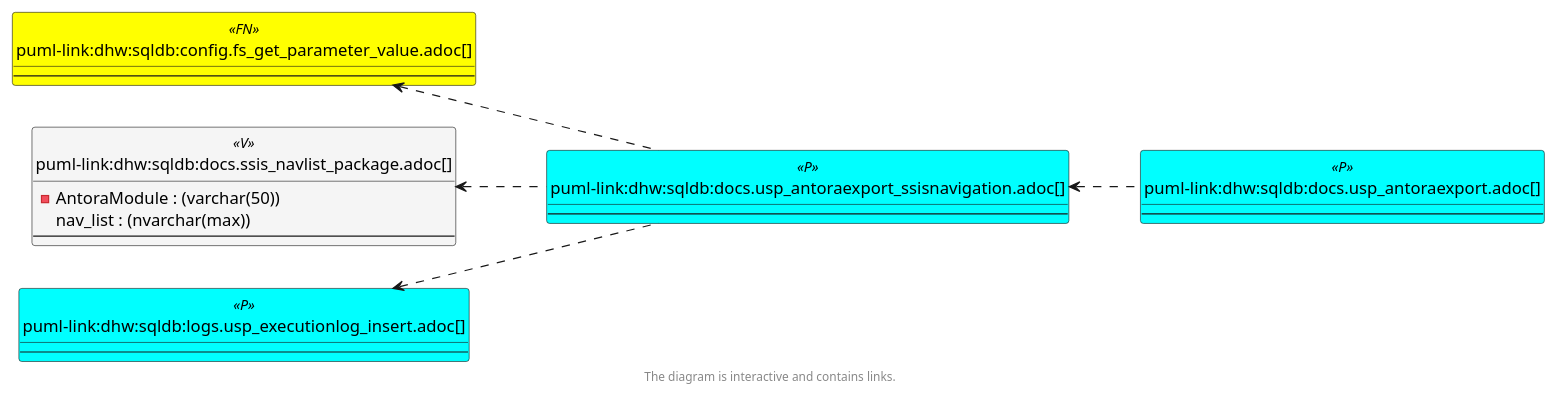
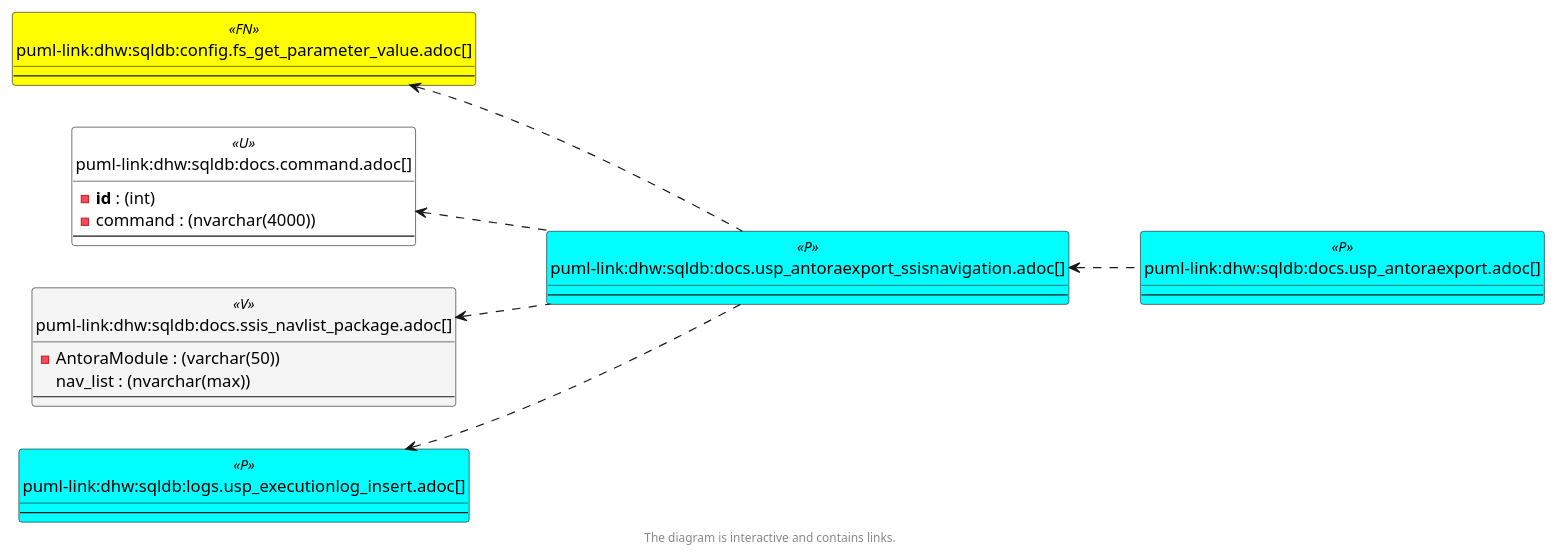
The sixth of 6 diagrams in docs/modules/sqldb/partials/content/docs.usp_antoraexport_ssisnavigation.adoc (DataHandwerk/dhw-antora-sqldb), drawn with PlantUML before and after one commit. The commit also changed other lines of this file and 701 other files, not shown here.

```diff
--- a/docs/modules/sqldb/partials/content/docs.usp_antoraexport_ssisnavigation.adoc
+++ b/docs/modules/sqldb/partials/content/docs.usp_antoraexport_ssisnavigation.adoc
@@ -864,62 +882,69 @@
 [plantuml, entity_1_1_colref-{docname}, svg, subs=macros]
 ....
 @startuml
 left to right direction
 'top to bottom direction
 hide circle
 'avoide "." issues:
 set namespaceSeparator none
 
 
 skinparam class {
   BackgroundColor White
   BackgroundColor<<FN>> Yellow
   BackgroundColor<<FS>> Yellow
   BackgroundColor<<FT>> LightGray
   BackgroundColor<<IF>> Yellow
   BackgroundColor<<IS>> Yellow
   BackgroundColor<<P>>  Aqua
   BackgroundColor<<PC>> Aqua
   BackgroundColor<<SN>> Yellow
   BackgroundColor<<SO>> SlateBlue
   BackgroundColor<<TF>> LightGray
   BackgroundColor<<TR>> Tomato
   BackgroundColor<<U>>  White
   BackgroundColor<<V>>  WhiteSmoke
   BackgroundColor<<X>>  Aqua
   BackgroundColor<<external>> AliceBlue
 }
 
 
 entity "puml-link:dhw:sqldb:config.fs_get_parameter_value.adoc[]" as config.fs_get_parameter_value << FN >> {
   --
 }
 
+entity "puml-link:dhw:sqldb:docs.command.adoc[]" as docs.command << U >> {
+  - **id** : (int)
+  - command : (nvarchar(4000))
+  --
+}
+
 entity "puml-link:dhw:sqldb:docs.ssis_navlist_package.adoc[]" as docs.ssis_navlist_package << V >> {
   - AntoraModule : (varchar(50))
   nav_list : (nvarchar(max))
   --
 }
 
 entity "puml-link:dhw:sqldb:docs.usp_antoraexport.adoc[]" as docs.usp_AntoraExport << P >> {
   --
 }
 
 entity "puml-link:dhw:sqldb:docs.usp_antoraexport_ssisnavigation.adoc[]" as docs.usp_AntoraExport_SsisNavigation << P >> {
   --
 }
 
 entity "puml-link:dhw:sqldb:logs.usp_executionlog_insert.adoc[]" as logs.usp_ExecutionLog_insert << P >> {
   --
 }
 
 config.fs_get_parameter_value <.. docs.usp_AntoraExport_SsisNavigation
+docs.command <.. docs.usp_AntoraExport_SsisNavigation
 docs.ssis_navlist_package <.. docs.usp_AntoraExport_SsisNavigation
 docs.usp_AntoraExport_SsisNavigation <.. docs.usp_AntoraExport
 logs.usp_ExecutionLog_insert <.. docs.usp_AntoraExport_SsisNavigation
 
 
 footer The diagram is interactive and contains links.
 
 @enduml
 ....
```
